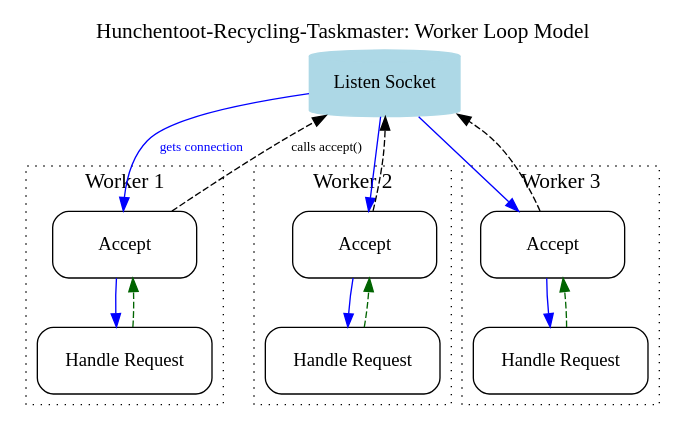
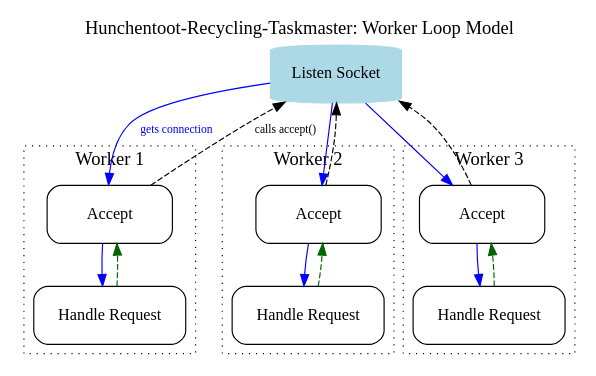
The diagram in pics/hunchentoot-recycling-taskmaster-architecture.dot (y2q-actionman/hunchentoot-recycling-taskmaster), drawn with Graphviz before and after one commit. The commit also changed 6 other files, not shown here.

```diff
--- a/pics/hunchentoot-recycling-taskmaster-architecture.dot
+++ b/pics/hunchentoot-recycling-taskmaster-architecture.dot
@@ -1,38 +1,40 @@
 digraph recycling_architecture {
+    size="6,4.5";
+
     rankdir=TB;
     fontsize=16;
     labelloc="t";
     label="Hunchentoot-Recycling-Taskmaster: Worker Loop Model";
 
     node [shape=box, style=rounded, width=1.5, height=0.7];
     edge [fontsize=10];
 
     // Shared Listen Socket at the top
     listen_socket [label="Listen Socket", shape=cylinder, style=filled, color=lightblue];
 
     // --- Define Worker Clusters ---
     subgraph cluster_w1 { label = "Worker 1"; style=dotted; w1_accept [label="Accept"]; w1_handle [label="Handle Request"]; }
     subgraph cluster_w2 { label = "Worker 2"; style=dotted; w2_accept [label="Accept"]; w2_handle [label="Handle Request"]; }
     subgraph cluster_w3 { label = "Worker 3"; style=dotted; w3_accept [label="Accept"]; w3_handle [label="Handle Request"]; }
 
     // --- Align Workers Horizontally below the socket ---
     // { rank = same; w1_handle; w2_handle; w3_handle; }
 
     // --- Worker 1: Loop and Connection ---
     w1_accept -> w1_handle [color=blue];
     w1_handle -> w1_accept [color=darkgreen, fontcolor=darkgreen, style=dashed];
     w1_accept -> listen_socket [label="calls accept()", style=dashed];
     listen_socket -> w1_accept [label="gets connection", color=blue, fontcolor=blue];
 
     // --- Worker 2: Loop and Connection ---
     w2_accept -> w2_handle [color=blue];
     w2_handle -> w2_accept [color=darkgreen, fontcolor=darkgreen, style=dashed];
     w2_accept -> listen_socket [style=dashed];
     listen_socket -> w2_accept [color=blue];
 
     // --- Worker 3: Loop and Connection ---
     w3_accept -> w3_handle [color=blue];
     w3_handle -> w3_accept [color=darkgreen, fontcolor=darkgreen, style=dashed];
     w3_accept -> listen_socket [style=dashed];
     listen_socket -> w3_accept [color=blue];
 }
```
